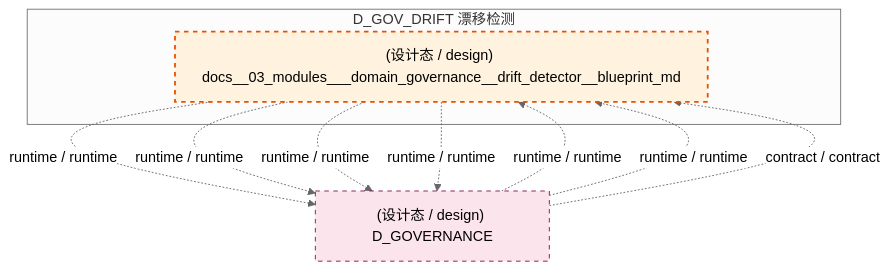
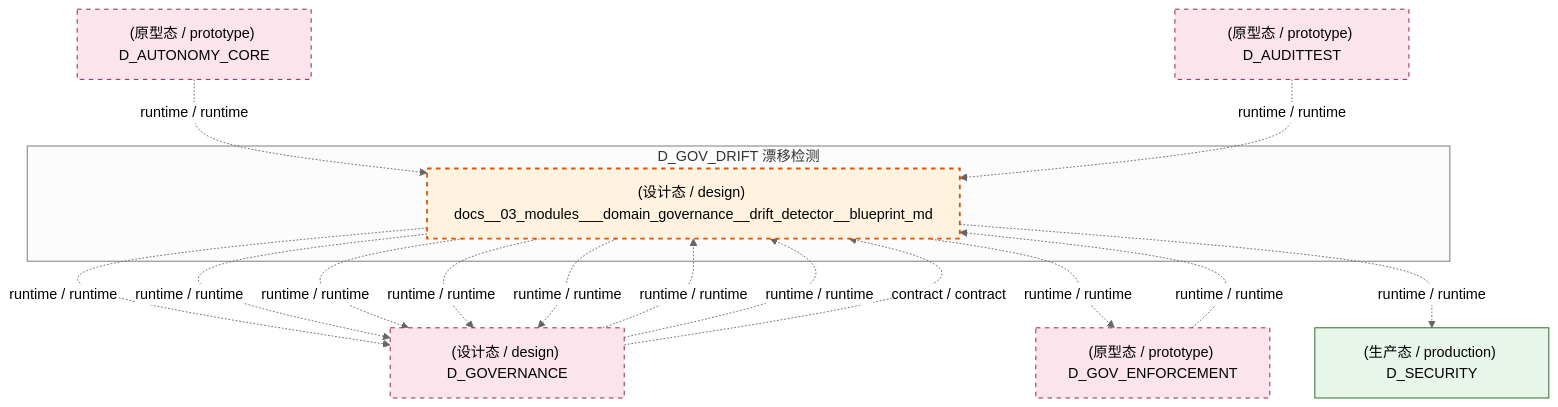
Before and after one commit to xuanFelixVan/ZephyrAlpha: the first of 3 diagrams in docs/02_enterprise_architecture/02_domain_architecture_docs/34_d_gov_drift.md, drawn with Mermaid (neutral theme). The commit also changed other lines of this file and 100 other files, not shown here.

````diff
--- a/docs/02_enterprise_architecture/02_domain_architecture_docs/34_d_gov_drift.md
+++ b/docs/02_enterprise_architecture/02_domain_architecture_docs/34_d_gov_drift.md
@@ -64,20 +64,31 @@
 ```mermaid
 graph TD
     subgraph D_GOV_DRIFT["D_GOV_DRIFT 漂移检测"]
         docs_03_modules_domain_governance_drift_detector_blueprint_md["(设计态 / design) docs__03_modules___domain_governance__drift_detector__blueprint_md"]
     end
     D_GOVERNANCE["(设计态 / design) D_GOVERNANCE"]
     docs_03_modules_domain_governance_drift_detector_blueprint_md -.->|runtime / runtime| D_GOVERNANCE
     docs_03_modules_domain_governance_drift_detector_blueprint_md -.->|runtime / runtime| D_GOVERNANCE
+    D_GOV_ENFORCEMENT["(原型态 / prototype) D_GOV_ENFORCEMENT"]
+    docs_03_modules_domain_governance_drift_detector_blueprint_md -.->|runtime / runtime| D_GOV_ENFORCEMENT
+    D_SECURITY["(生产态 / production) D_SECURITY"]
+    docs_03_modules_domain_governance_drift_detector_blueprint_md -.->|runtime / runtime| D_SECURITY
+    docs_03_modules_domain_governance_drift_detector_blueprint_md -.->|runtime / runtime| D_GOVERNANCE
     docs_03_modules_domain_governance_drift_detector_blueprint_md -.->|runtime / runtime| D_GOVERNANCE
     docs_03_modules_domain_governance_drift_detector_blueprint_md -.->|runtime / runtime| D_GOVERNANCE
     D_GOVERNANCE -.->|runtime / runtime| docs_03_modules_domain_governance_drift_detector_blueprint_md
     D_GOVERNANCE -.->|runtime / runtime| docs_03_modules_domain_governance_drift_detector_blueprint_md
     D_GOVERNANCE -.->|contract / contract| docs_03_modules_domain_governance_drift_detector_blueprint_md
+    D_GOV_ENFORCEMENT -.->|runtime / runtime| docs_03_modules_domain_governance_drift_detector_blueprint_md
+    D_AUTONOMY_CORE["(原型态 / prototype) D_AUTONOMY_CORE"]
+    D_AUTONOMY_CORE -.->|runtime / runtime| docs_03_modules_domain_governance_drift_detector_blueprint_md
+    D_AUDITTEST["(原型态 / prototype) D_AUDITTEST"]
+    D_AUDITTEST -.->|runtime / runtime| docs_03_modules_domain_governance_drift_detector_blueprint_md
     classDef production fill:#e1f5fe,stroke:#01579b,stroke-width:2px,color:#000
     classDef design fill:#fff3e0,stroke:#e65100,stroke-width:2px,color:#000,stroke-dasharray: 5 5
     classDef external_prod fill:#e8f5e9,stroke:#1b5e20,stroke-width:1px,color:#000
     classDef external_design fill:#fce4ec,stroke:#880e4f,stroke-width:1px,color:#000,stroke-dasharray: 5 5
     class docs_03_modules_domain_governance_drift_detector_blueprint_md design
-    class D_GOVERNANCE external_design
+    class D_SECURITY external_prod
+    class D_GOVERNANCE,D_GOV_ENFORCEMENT,D_AUTONOMY_CORE,D_AUDITTEST external_design
 ```
````
